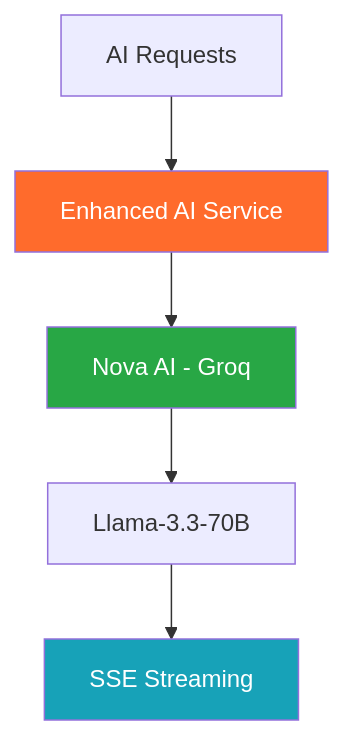
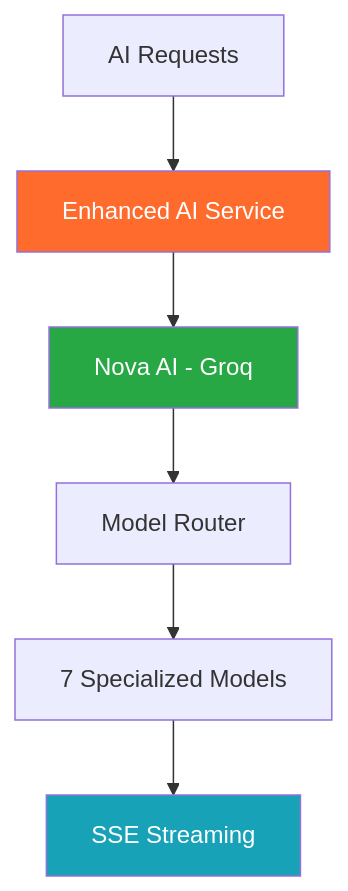
The sixth of 8 diagrams in README.md (Kedhareswer/thesisflow-ai), drawn with Mermaid before and after one commit. The commit also changed other lines of this file and 27 other files, not shown here.

````diff
--- a/README.md
+++ b/README.md
@@ -527,11 +528,12 @@
 ```mermaid
 graph TB
     A[AI Requests] --> B[Enhanced AI Service]
     B --> C[Nova AI - Groq]
-    C --> D[Llama-3.3-70B]
-    D --> E[SSE Streaming]
+    C --> D[Model Router]
+    D --> E[7 Specialized Models]
+    E --> F[SSE Streaming]
 
     style B fill:#FF6B2C,color:#fff
     style C fill:#28a745,color:#fff
-    style E fill:#17a2b8,color:#fff
+    style F fill:#17a2b8,color:#fff
 ```
````
